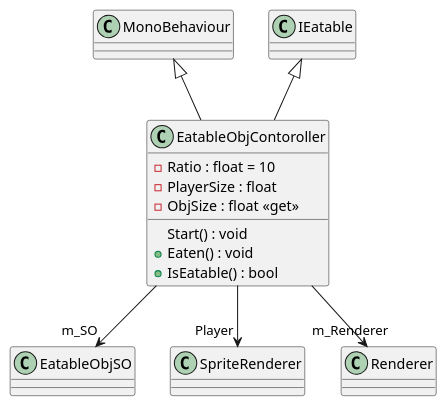
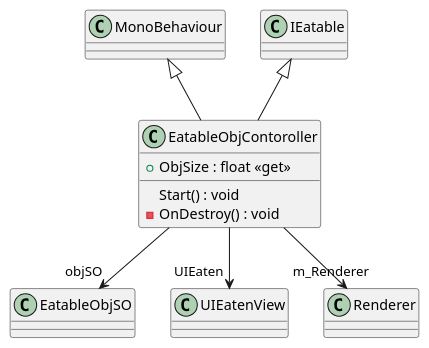
The diagram in plantuml/Eats/EatableObjContoroller.puml (MainCastle1212/EverythingEater), drawn with PlantUML before and after one commit. The commit also changed 15 other files, not shown here.

```diff
--- a/plantuml/Eats/EatableObjContoroller.puml
+++ b/plantuml/Eats/EatableObjContoroller.puml
@@ -1,15 +1,12 @@
 @startuml
 class EatableObjContoroller {
-    - Ratio : float = 10
-    - PlayerSize : float
-    - ObjSize : float <<get>>
     Start() : void
-    + Eaten() : void
-    + IsEatable() : bool
+    + ObjSize : float <<get>>
+    - OnDestroy() : void
 }
 MonoBehaviour <|-- EatableObjContoroller
 IEatable <|-- EatableObjContoroller
-EatableObjContoroller --> "m_SO" EatableObjSO
-EatableObjContoroller --> "Player" SpriteRenderer
+EatableObjContoroller --> "objSO" EatableObjSO
+EatableObjContoroller --> "UIEaten" UIEatenView
 EatableObjContoroller --> "m_Renderer" Renderer
 @enduml
```
